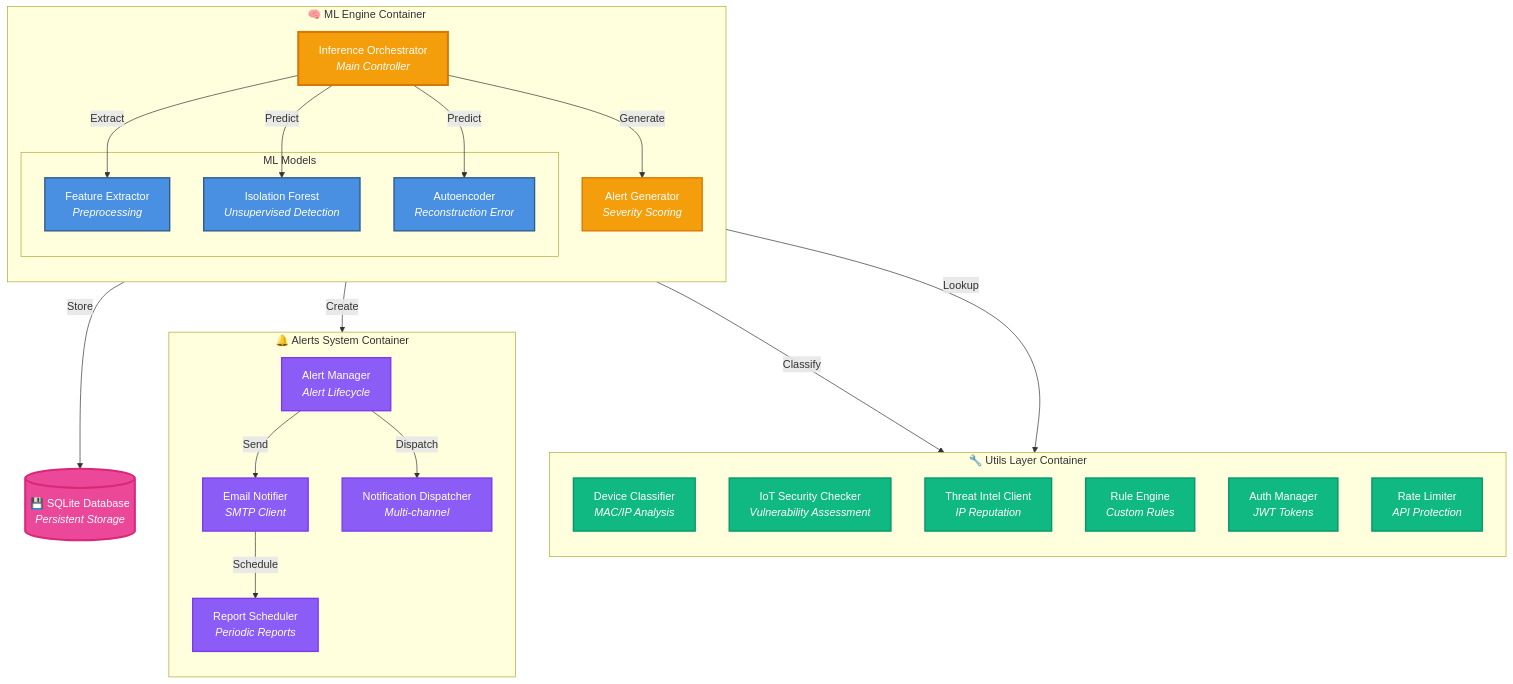
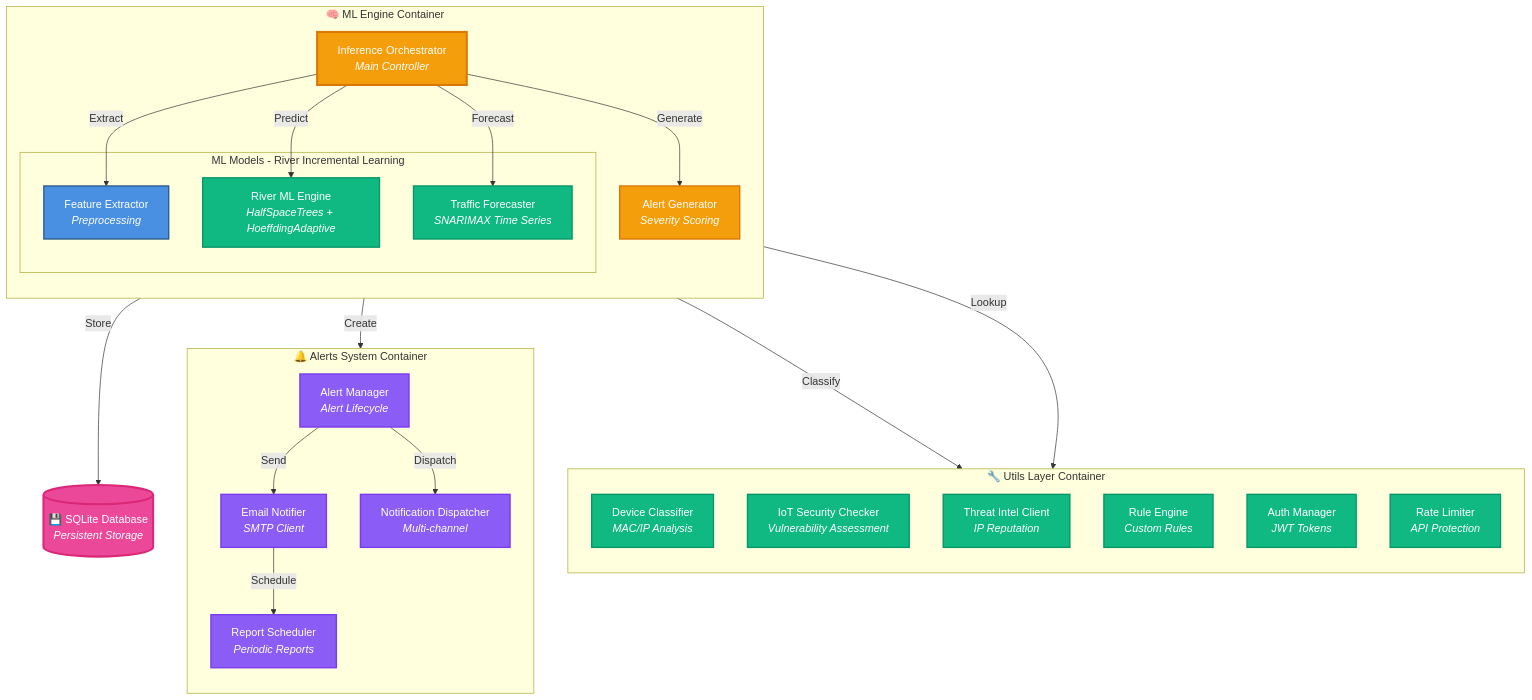
Before and after one commit to ritiksah141/iotsentinel: the diagram in docs/academic/diagrams/level3_components.mmd, drawn with Mermaid. The commit also changed 57 other files, not shown here.

Commit message:
moved to river ml from isolation forest and autoencoder for better result and optimization and to remove the baseline collection 7 day period

```diff
--- a/docs/academic/diagrams/level3_components.mmd
+++ b/docs/academic/diagrams/level3_components.mmd
@@ -1,65 +1,65 @@
 flowchart TB
     subgraph MLEngine["🧠 ML Engine Container"]
         direction TB
         InferenceOrch["Inference Orchestrator<br/><i>Main Controller</i>"]
 
-        subgraph Models["ML Models"]
+        subgraph Models["ML Models - River Incremental Learning"]
             FeatureExt["Feature Extractor<br/><i>Preprocessing</i>"]
-            IsoForest["Isolation Forest<br/><i>Unsupervised Detection</i>"]
-            AutoEnc["Autoencoder<br/><i>Reconstruction Error</i>"]
+            RiverEngine["River ML Engine<br/><i>HalfSpaceTrees + HoeffdingAdaptive</i>"]
+            TrafficForecaster["Traffic Forecaster<br/><i>SNARIMAX Time Series</i>"]
         end
 
         AlertGen["Alert Generator<br/><i>Severity Scoring</i>"]
     end
 
     subgraph Utils["🔧 Utils Layer Container"]
         direction TB
         DevClass["Device Classifier<br/><i>MAC/IP Analysis</i>"]
         SecCheck["IoT Security Checker<br/><i>Vulnerability Assessment</i>"]
         ThreatIntel["Threat Intel Client<br/><i>IP Reputation</i>"]
         RuleEngine["Rule Engine<br/><i>Custom Rules</i>"]
         AuthMgr["Auth Manager<br/><i>JWT Tokens</i>"]
         RateLim["Rate Limiter<br/><i>API Protection</i>"]
     end
 
     subgraph Alerts["🔔 Alerts System Container"]
         direction TB
         AlertMgr["Alert Manager<br/><i>Alert Lifecycle</i>"]
         EmailNotif["Email Notifier<br/><i>SMTP Client</i>"]
         NotifDispatch["Notification Dispatcher<br/><i>Multi-channel</i>"]
         ReportSched["Report Scheduler<br/><i>Periodic Reports</i>"]
     end
 
     DB[("💾 SQLite Database<br/><i>Persistent Storage</i>")]
 
     InferenceOrch -->|Extract| FeatureExt
-    InferenceOrch -->|Predict| IsoForest
-    InferenceOrch -->|Predict| AutoEnc
+    InferenceOrch -->|Predict| RiverEngine
+    InferenceOrch -->|Forecast| TrafficForecaster
     InferenceOrch -->|Generate| AlertGen
 
     InferenceOrch -->|Classify| DevClass
     InferenceOrch -->|Lookup| ThreatIntel
 
     AlertGen -->|Create| AlertMgr
     AlertGen -->|Store| DB
 
     AlertMgr -->|Send| EmailNotif
     AlertMgr -->|Dispatch| NotifDispatch
     EmailNotif -->|Schedule| ReportSched
 
     style InferenceOrch fill:#F59E0B,stroke:#D97706,stroke-width:3px,color:#fff
+    style RiverEngine fill:#10B981,stroke:#059669,stroke-width:2px,color:#fff
+    style TrafficForecaster fill:#10B981,stroke:#059669,stroke-width:2px,color:#fff
     style FeatureExt fill:#4A90E2,stroke:#2E5C8A,stroke-width:2px,color:#fff
-    style IsoForest fill:#4A90E2,stroke:#2E5C8A,stroke-width:2px,color:#fff
-    style AutoEnc fill:#4A90E2,stroke:#2E5C8A,stroke-width:2px,color:#fff
     style AlertGen fill:#F59E0B,stroke:#D97706,stroke-width:2px,color:#fff
     style DevClass fill:#10B981,stroke:#059669,stroke-width:2px,color:#fff
     style SecCheck fill:#10B981,stroke:#059669,stroke-width:2px,color:#fff
     style ThreatIntel fill:#10B981,stroke:#059669,stroke-width:2px,color:#fff
     style RuleEngine fill:#10B981,stroke:#059669,stroke-width:2px,color:#fff
     style AuthMgr fill:#10B981,stroke:#059669,stroke-width:2px,color:#fff
     style RateLim fill:#10B981,stroke:#059669,stroke-width:2px,color:#fff
     style AlertMgr fill:#8B5CF6,stroke:#7C3AED,stroke-width:2px,color:#fff
     style EmailNotif fill:#8B5CF6,stroke:#7C3AED,stroke-width:2px,color:#fff
     style NotifDispatch fill:#8B5CF6,stroke:#7C3AED,stroke-width:2px,color:#fff
     style ReportSched fill:#8B5CF6,stroke:#7C3AED,stroke-width:2px,color:#fff
     style DB fill:#EC4899,stroke:#DB2777,stroke-width:3px,color:#fff
```
